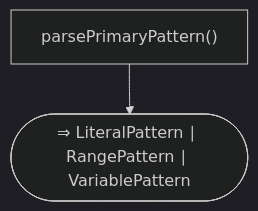
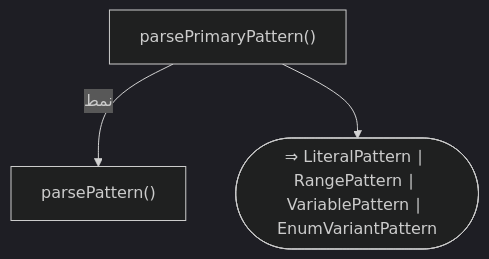
The fourth of 13 diagrams in docs/parser_rule/_generated/50_patterns.md (sadlang/sadlang), drawn with Mermaid (dark theme) before and after one commit. The commit also changed other lines of this file and 44 other files, not shown here.

````diff
--- a/docs/parser_rule/_generated/50_patterns.md
+++ b/docs/parser_rule/_generated/50_patterns.md
@@ -147,6 +150,8 @@
 ```mermaid
 flowchart TD
   f1["parsePrimaryPattern()"]
-  f2(["⇒ LiteralPattern ∣ RangePattern ∣ VariablePattern"])
-  f1 --> f2
+  f2["parsePattern()"]
+  f1 -- "نمط" --> f2
+  f3(["⇒ LiteralPattern ∣ RangePattern ∣ VariablePattern ∣ EnumVariantPattern"])
+  f1 --> f3
 ```
````
